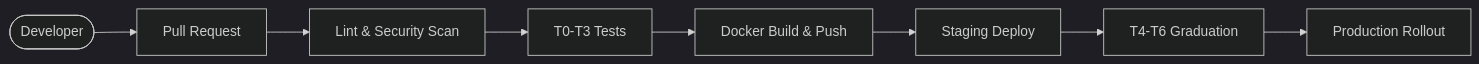
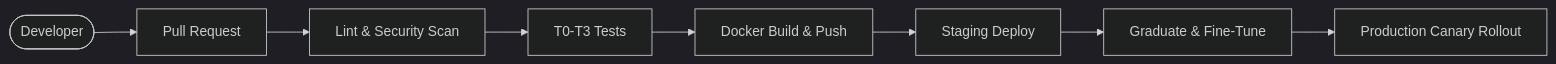
Diagram 12 of 15 in README.md (Blackdrg/levi-ai-innovate), drawn with Mermaid before and after one commit. The commit also changed other lines of this file and 79 other files, not shown here.

````diff
--- a/README.md
+++ b/README.md
@@ -866,11 +1175,11 @@
 ```mermaid
 %%{init: {'theme': 'dark', 'themeVariables': { 'primaryColor': '#ff6600'}}}%%
 graph LR
     Dev([Developer]) --> PR[Pull Request]
     PR --> Lint[Lint & Security Scan]
     Lint --> Test[T0-T3 Tests]
     Test --> Build[Docker Build & Push]
     Build --> Stage[Staging Deploy]
-    Stage --> Verify[T4-T6 Graduation]
-    Verify --> Prod[Production Rollout]
+    Stage --> Verify[Graduate & Fine-Tune]
+    Verify --> Prod[Production Canary Rollout]
 ```
````
